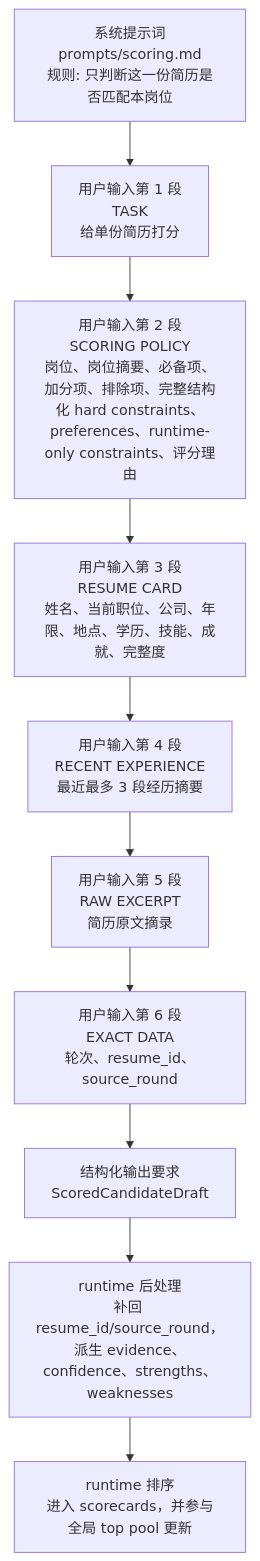
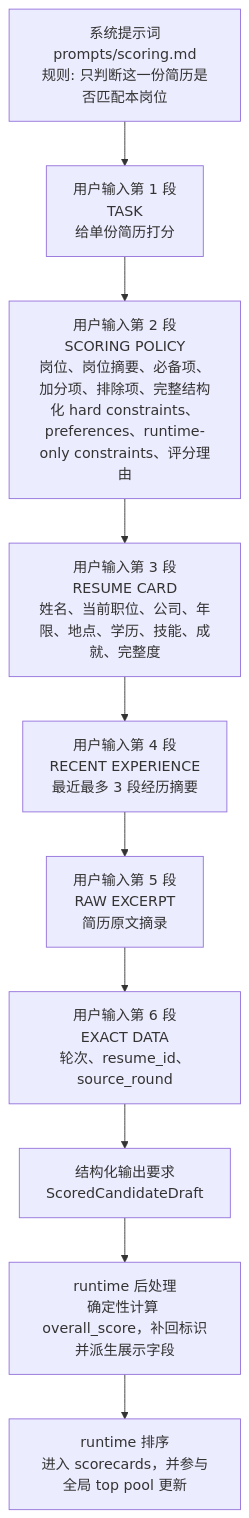
The fourth of 10 diagrams in docs/llm-context-composition.zh-CN.md (FrankQDWang/SeekTalent), drawn with Mermaid before and after one commit. The commit also changed other lines of this file and 9 other files, not shown here.

````diff
--- a/docs/llm-context-composition.zh-CN.md
+++ b/docs/llm-context-composition.zh-CN.md
@@ -86,12 +86,12 @@
 ```mermaid
 flowchart TD
     A["系统提示词<br/>prompts/scoring.md<br/>规则: 只判断这一份简历是否匹配本岗位"] --> B["用户输入第 1 段<br/>TASK<br/>给单份简历打分"]
     B --> C["用户输入第 2 段<br/>SCORING POLICY<br/>岗位、岗位摘要、必备项、加分项、排除项、完整结构化 hard constraints、preferences、runtime-only constraints、评分理由"]
     C --> D["用户输入第 3 段<br/>RESUME CARD<br/>姓名、当前职位、公司、年限、地点、学历、技能、成就、完整度"]
     D --> E["用户输入第 4 段<br/>RECENT EXPERIENCE<br/>最近最多 3 段经历摘要"]
     E --> F["用户输入第 5 段<br/>RAW EXCERPT<br/>简历原文摘录"]
     F --> G["用户输入第 6 段<br/>EXACT DATA<br/>轮次、resume_id、source_round"]
     G --> H["结构化输出要求<br/>ScoredCandidateDraft"]
-    H --> I["runtime 后处理<br/>补回 resume_id/source_round，派生 evidence、confidence、strengths、weaknesses"]
+    H --> I["runtime 后处理<br/>确定性计算 overall_score，补回标识并派生展示字段"]
     I --> J["runtime 排序<br/>进入 scorecards，并参与全局 top pool 更新"]
 ```
````
